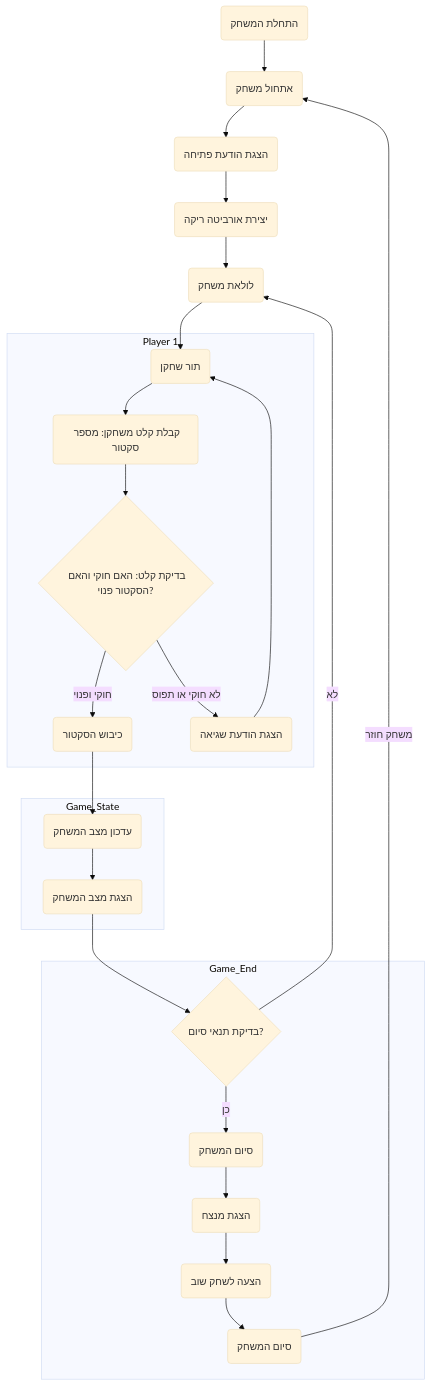
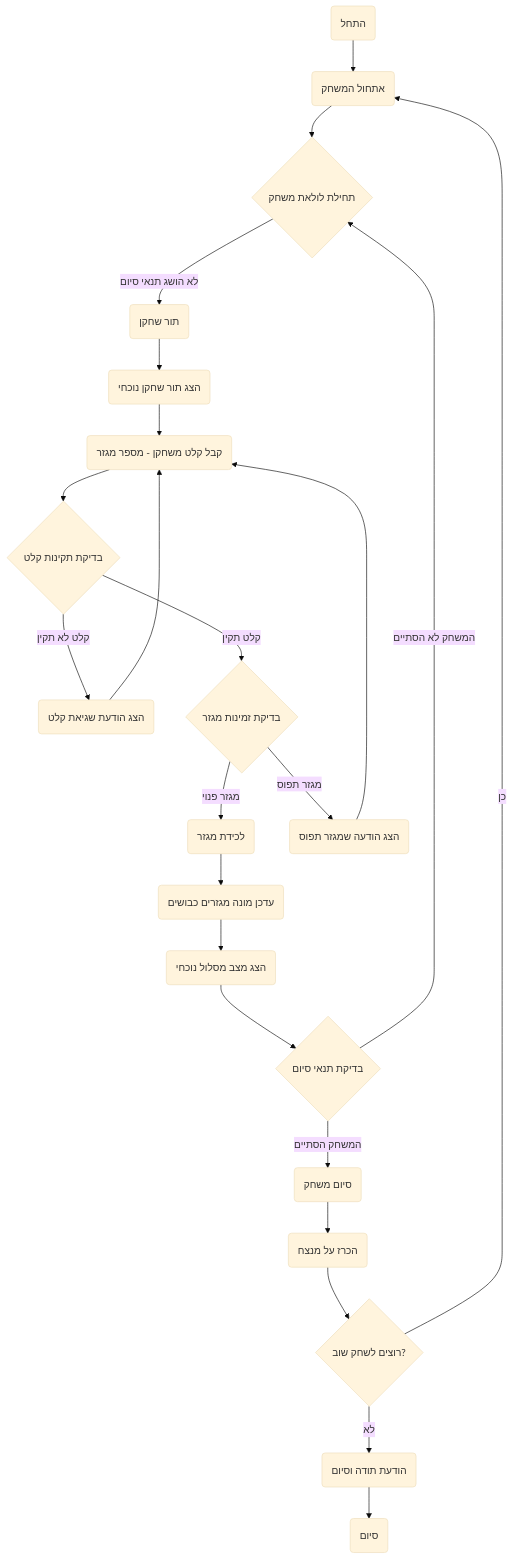
The diagram in docs/gemini/he/explainer/src/endpoints/ai_games/101_basic_computer_games/ru/rules/68_orbit.ru.md.md (hypo69/hypo), drawn with Mermaid (base theme) before and after one commit. The commit also changed other lines of this file and 885 other files, not shown here.

````diff
--- a/docs/gemini/he/explainer/src/endpoints/ai_games/101_basic_computer_games/ru/rules/68_orbit.ru.md.md
+++ b/docs/gemini/he/explainer/src/endpoints/ai_games/101_basic_computer_games/ru/rules/68_orbit.ru.md.md
@@ -42,43 +51,28 @@
 ```mermaid
 flowchart TD
-    Start(התחלת המשחק) --> Initialize(אתחול משחק);
-    Initialize --> DisplayWelcome(הצגת הודעת פתיחה);
-    DisplayWelcome --> CreateOrbit(יצירת אורביטה ריקה);
-    CreateOrbit --> GameLoop(לולאת משחק);
-    GameLoop --> PlayerTurn(תור שחקן);
-    PlayerTurn --> GetPlayerInput(קבלת קלט משחקן: מספר סקטור);
-    GetPlayerInput --> ValidateInput{בדיקת קלט: האם חוקי והאם הסקטור פנוי?};
-     ValidateInput -- חוקי ופנוי --> CaptureSector(כיבוש הסקטור);
-    ValidateInput -- לא חוקי או תפוס--> DisplayError(הצגת הודעת שגיאה);
-    DisplayError --> PlayerTurn;
-    CaptureSector --> UpdateGameState(עדכון מצב המשחק);
-    UpdateGameState --> DisplayGameState(הצגת מצב המשחק);
-    DisplayGameState --> CheckGameEnd{בדיקת תנאי סיום?};
-    CheckGameEnd -- לא --> GameLoop;
-    CheckGameEnd -- כן --> EndGame(סיום המשחק);
-    EndGame --> DisplayWinner(הצגת מנצח);
-    DisplayWinner --> PlayAgain(הצעה לשחק שוב);
-    PlayAgain --> End(סיום המשחק);
-     End -- משחק חוזר -->  Initialize
+    Start(התחל) --> Initialize(אתחול המשחק);
+    Initialize --> GameLoopStart{תחילת לולאת משחק};
+    GameLoopStart -- לא הושג תנאי סיום --> PlayerTurn(תור שחקן);
+    PlayerTurn --> DisplayCurrentPlayer(הצג תור שחקן נוכחי);
+    DisplayCurrentPlayer --> GetPlayerInput(קבל קלט משחקן - מספר מגזר);
+    GetPlayerInput --> ValidateInput{בדיקת תקינות קלט};
+    ValidateInput -- קלט לא תקין --> DisplayInvalidInputMessage(הצג הודעת שגיאת קלט)
+    DisplayInvalidInputMessage --> GetPlayerInput;
+    ValidateInput -- קלט תקין --> CheckSectorAvailability{בדיקת זמינות מגזר};
+    CheckSectorAvailability -- מגזר פנוי --> CaptureSector(לכידת מגזר);
+    CaptureSector --> UpdateSectorCount(עדכן מונה מגזרים כבושים);
+    UpdateSectorCount --> DisplayCurrentOrbitStatus(הצג מצב מסלול נוכחי)
+     DisplayCurrentOrbitStatus --> CheckGameEndConditions{בדיקת תנאי סיום};
+    CheckSectorAvailability -- מגזר תפוס --> DisplaySectorOccupiedMessage(הצג הודעה שמגזר תפוס);
+    DisplaySectorOccupiedMessage --> GetPlayerInput;
 
-   subgraph Player 1 
-        PlayerTurn
-        GetPlayerInput
-        ValidateInput
-       DisplayError
-        CaptureSector
-    end
+    CheckGameEndConditions -- המשחק לא הסתיים --> GameLoopStart;
+    CheckGameEndConditions -- המשחק הסתיים --> EndGame(סיום משחק);
+   EndGame --> AnnounceWinner(הכרז על מנצח);
+    AnnounceWinner --> PlayAgain{רוצים לשחק שוב?};
+    PlayAgain -- כן --> Initialize
+    PlayAgain -- לא --> ThankYouMessage(הודעת תודה וסיום)
+    ThankYouMessage --> Stop(סיום)
 
-    subgraph Game_State
-        UpdateGameState
-        DisplayGameState
-    end
-    
-    subgraph Game_End
-        CheckGameEnd
-        EndGame
-        DisplayWinner
-         PlayAgain
-        End
-    end
+
 ```
````
